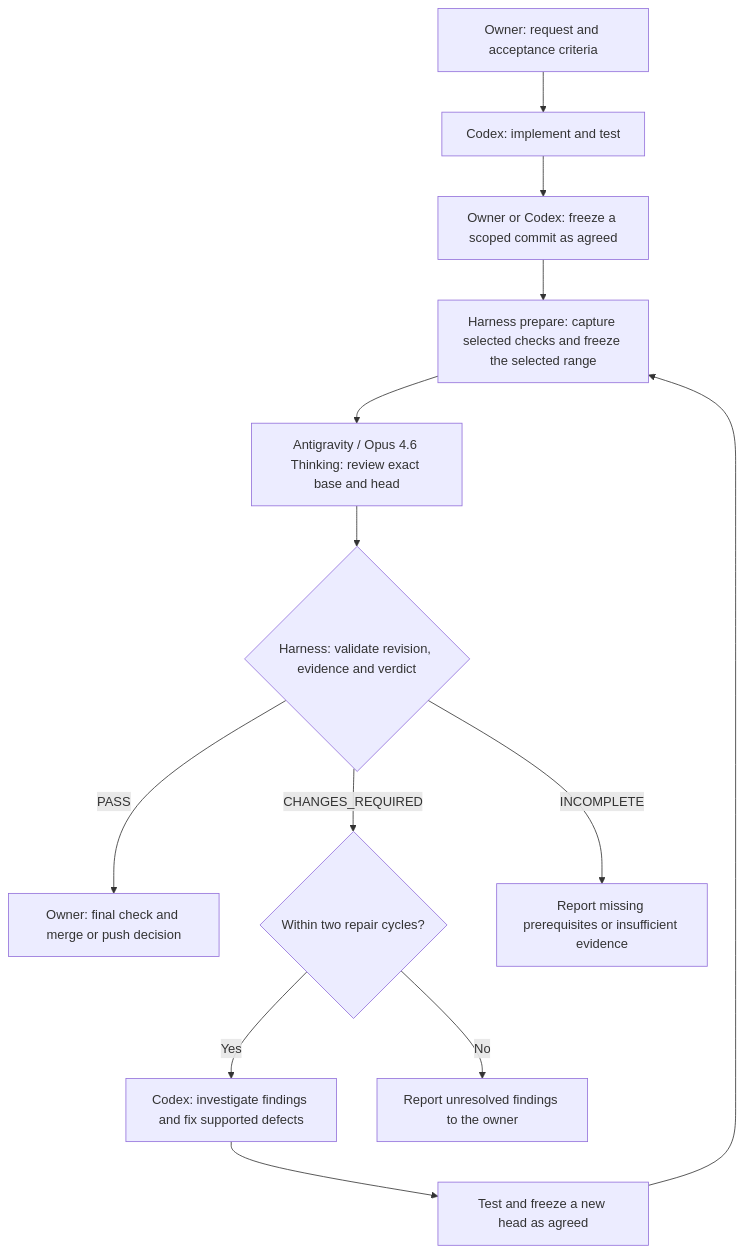
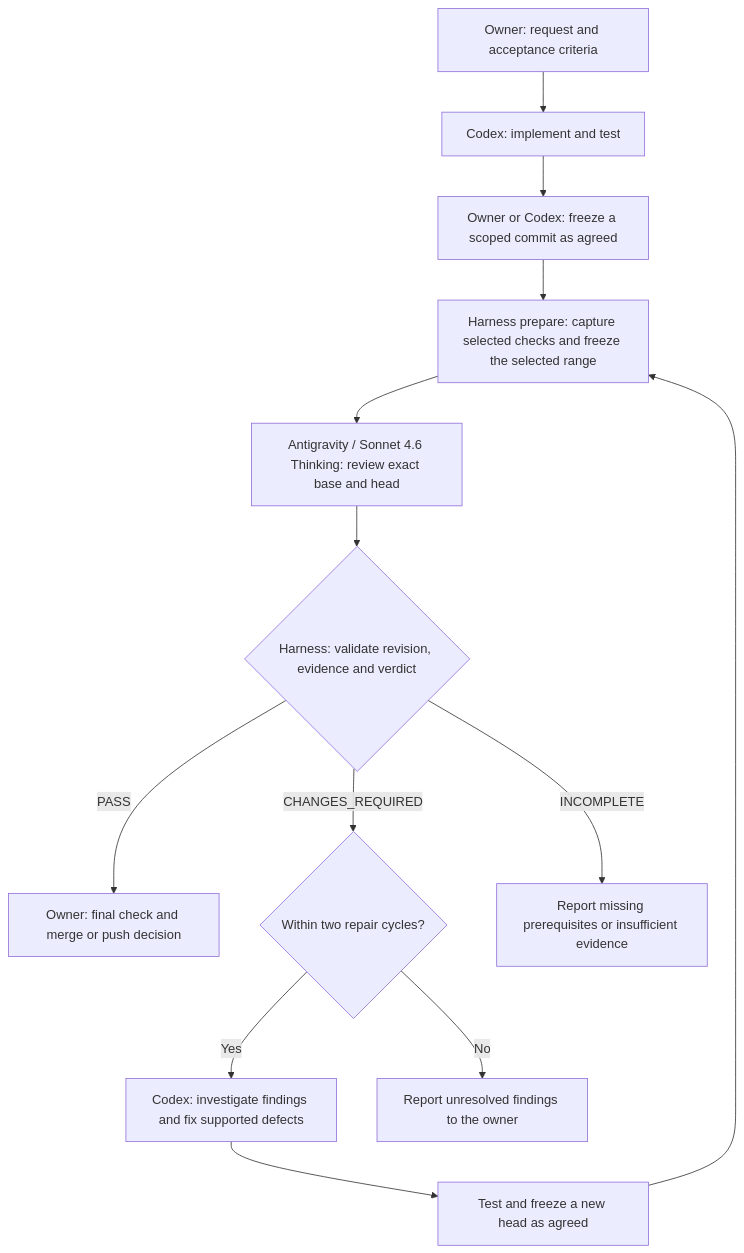
The diagram in harness/README.md (JiseokS/kibitz), drawn with Mermaid before and after one commit. The commit also changed other lines of this file and 11 other files, not shown here.

Commit message:
chore: harden review subprocesses and use Sonnet

````diff
--- a/harness/README.md
+++ b/harness/README.md
@@ -7,15 +7,15 @@
 ```mermaid
 flowchart TD
     A["Owner: request and acceptance criteria"] --> B["Codex: implement and test"]
     B --> C["Owner or Codex: freeze a scoped commit as agreed"]
     C --> D["Harness prepare: capture selected checks and freeze the selected range"]
-    D --> E["Antigravity / Opus 4.6 Thinking: review exact base and head"]
+    D --> E["Antigravity / Sonnet 4.6 Thinking: review exact base and head"]
     E --> F{"Harness: validate revision, evidence and verdict"}
     F -->|PASS| G["Owner: final check and merge or push decision"]
     F -->|CHANGES_REQUIRED| H{"Within two repair cycles?"}
     H -->|Yes| I["Codex: investigate findings and fix supported defects"]
     I --> J["Test and freeze a new head as agreed"]
     J --> D
     H -->|No| K["Report unresolved findings to the owner"]
     F -->|INCOMPLETE| L["Report missing prerequisites or insufficient evidence"]
 ```
````
